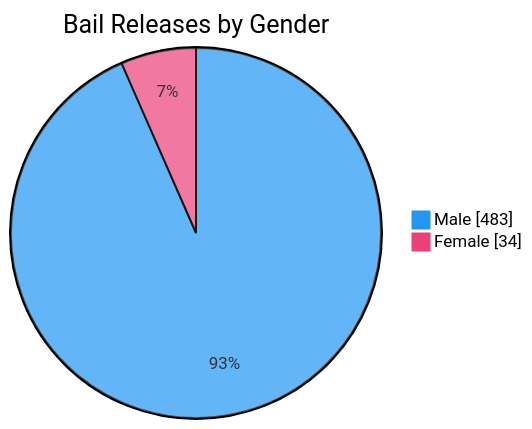
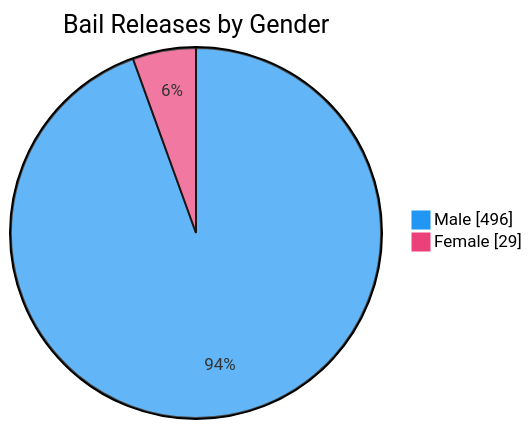
Before and after one commit to nuuuwan/lk_prisons: the seventh of 7 diagrams in README.md, drawn with Mermaid. The commit also changed other lines of this file and 1 other file, not shown here.

````diff
--- a/README.md
+++ b/README.md
@@ -109,6 +109,6 @@
 ```mermaid
 %%{init: {'themeVariables': {'pie1': '#2196F3', 'pie2': '#EC407A'}}}%%
 pie showData title Bail Releases by Gender
-    "Male" : 483
-    "Female" : 34
+    "Male" : 496
+    "Female" : 29
 ```
````
